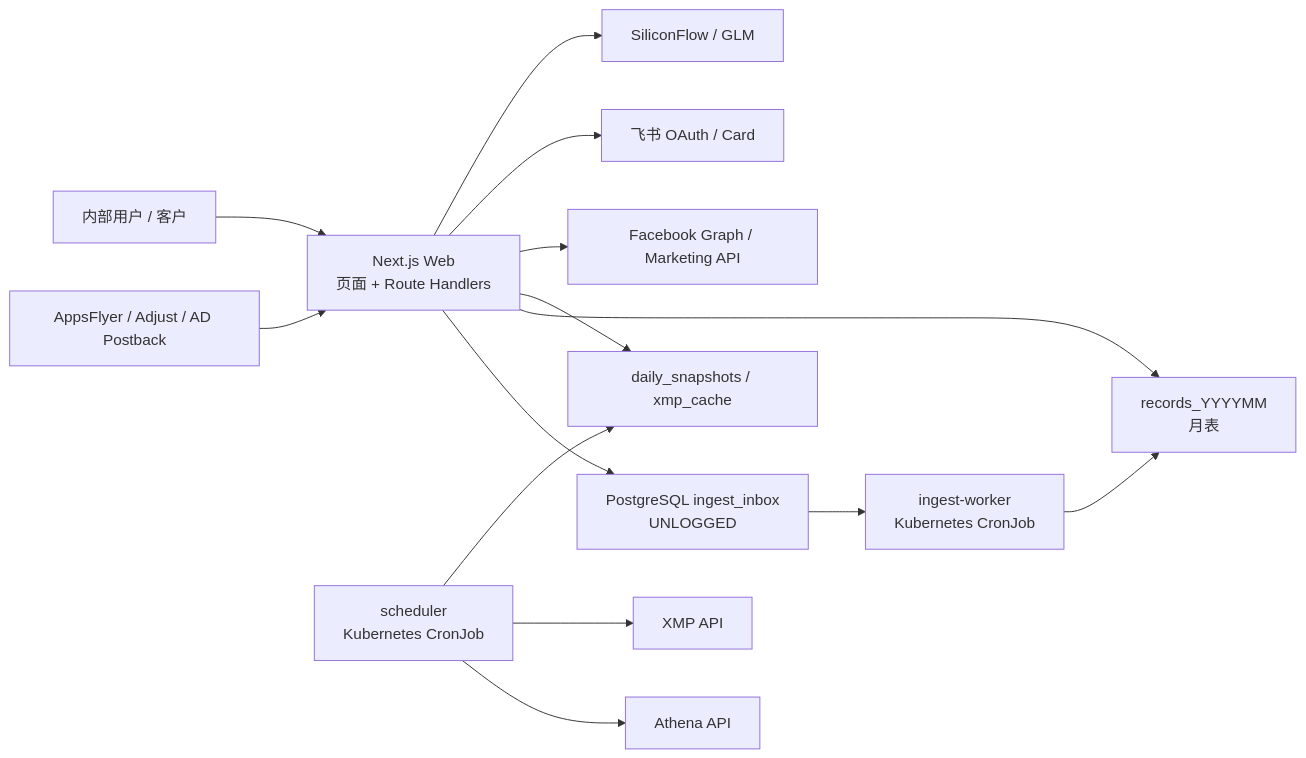
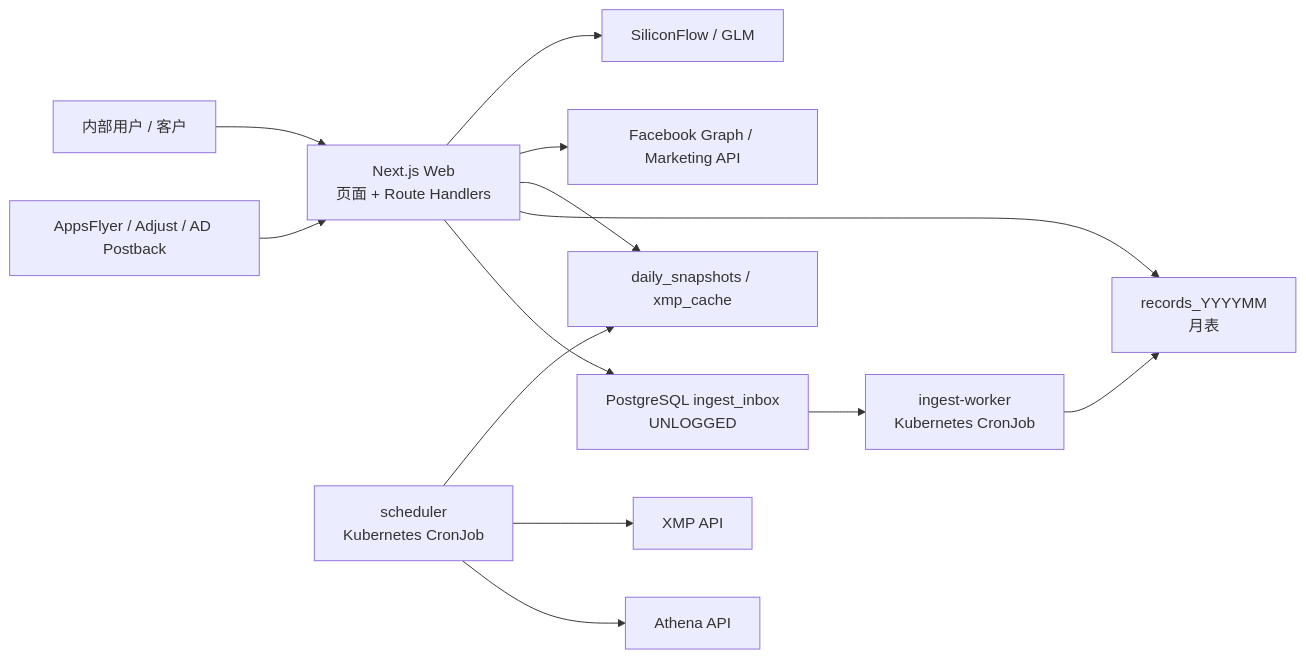
The diagram in growth-bench/03-current-technical-selection.md (Gabriel0518/growth), drawn with Mermaid before and after one commit. The commit also changed other lines of this file and 22 other files, not shown here.

````diff
--- a/growth-bench/03-current-technical-selection.md
+++ b/growth-bench/03-current-technical-selection.md
@@ -54,18 +54,17 @@
 ```mermaid
 flowchart LR
   AF["AppsFlyer / Adjust / AD Postback"] --> WEB["Next.js Web\n页面 + Route Handlers"]
   USER["内部用户 / 客户"] --> WEB
   WEB --> INBOX["PostgreSQL ingest_inbox\nUNLOGGED"]
   INBOX --> WORKER["ingest-worker\nKubernetes CronJob"]
   WORKER --> RECORDS["records_YYYYMM\n月表"]
 
   SCHEDULER["scheduler\nKubernetes CronJob"] --> ATHENA["Athena API"]
   SCHEDULER --> XMP["XMP API"]
   SCHEDULER --> SNAPSHOT["daily_snapshots / xmp_cache"]
 
   WEB --> RECORDS
   WEB --> SNAPSHOT
   WEB --> FB["Facebook Graph / Marketing API"]
-  WEB --> FEISHU["飞书 OAuth / Card"]
   WEB --> LLM["SiliconFlow / GLM"]
 ```
````
